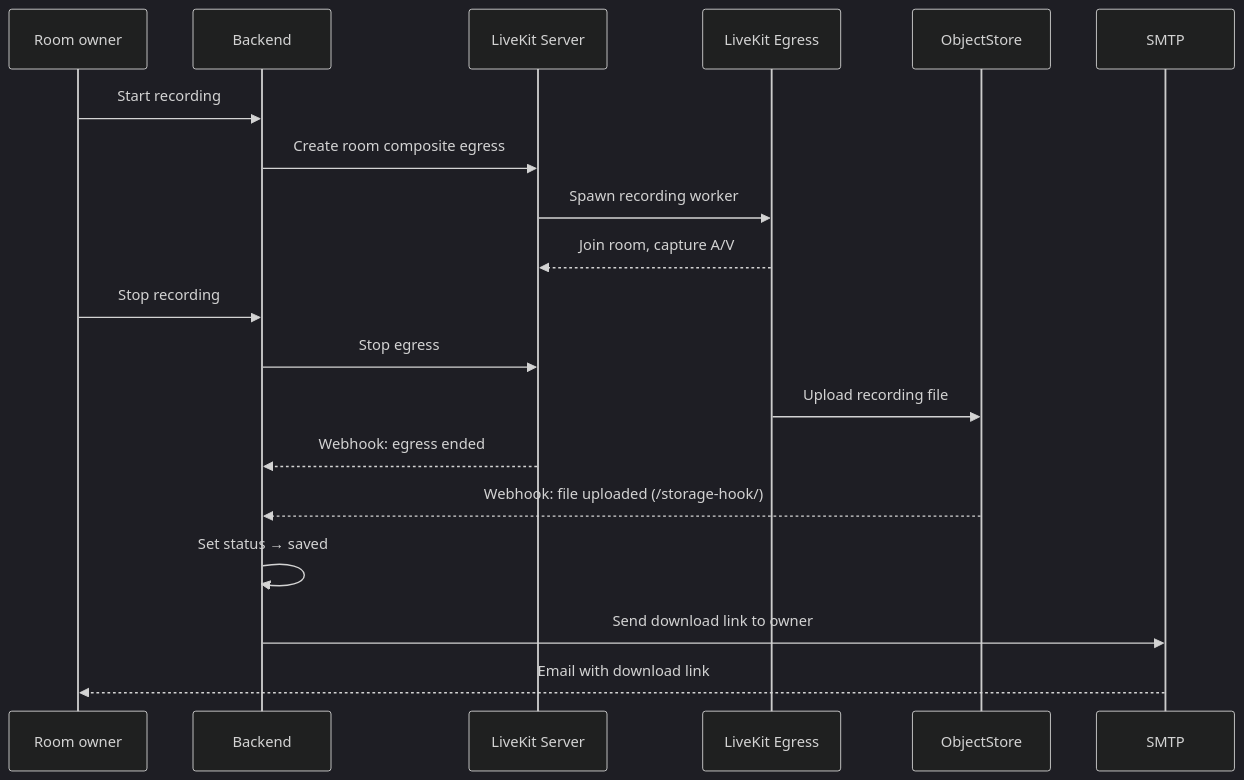
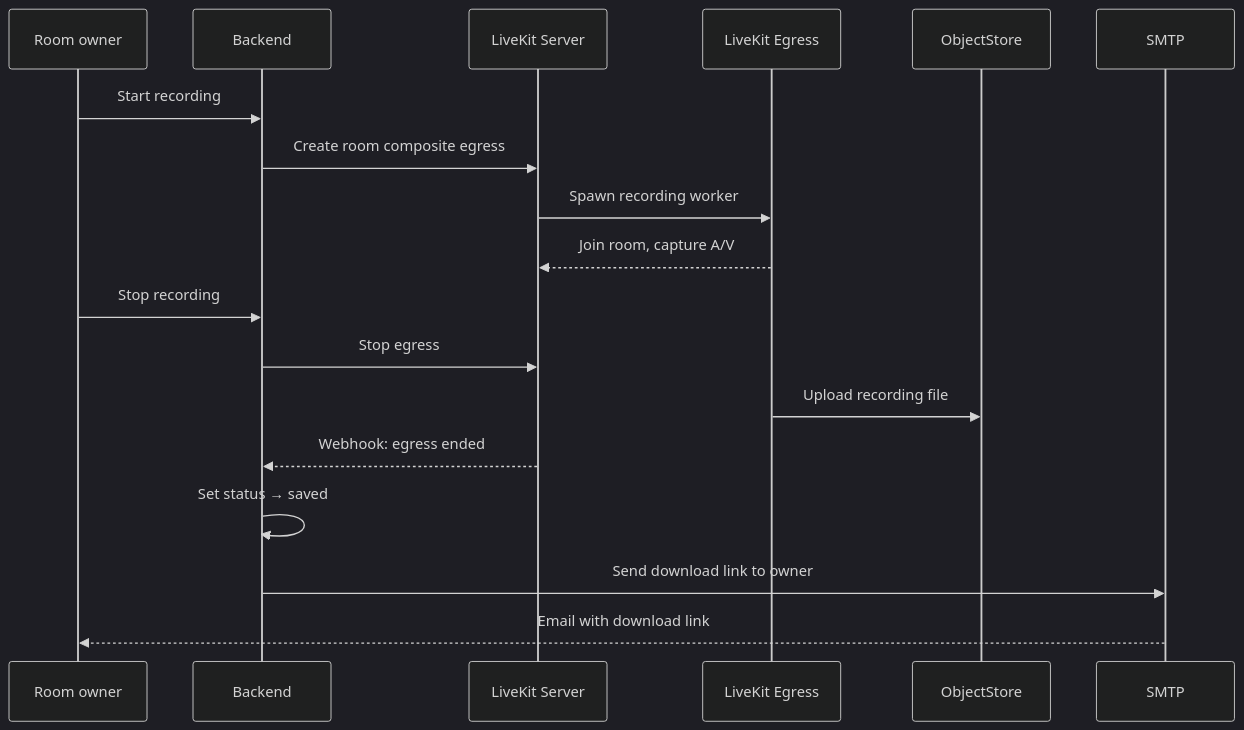
One commit to suitenumerique/meet changed the third of 3 diagrams in docs/overview/architecture.md. Above: the diagram before and after it, drawn with Mermaid (dark theme). The commit also changed other lines of this file and 10 other files, not shown here.

Commit message:
📝(doc) fix documentation for recording with new flow

````diff
--- a/docs/overview/architecture.md
+++ b/docs/overview/architecture.md
@@ -144,22 +143,21 @@
 ```mermaid
 sequenceDiagram
     participant U as Room owner
     participant BE as Backend
     participant LK as LiveKit Server
     participant EG as LiveKit Egress
     participant S3 as ObjectStore
     participant Mail as SMTP
 
     U->>BE: Start recording
     BE->>LK: Create room composite egress
     LK->>EG: Spawn recording worker
     EG-->>LK: Join room, capture A/V
     U->>BE: Stop recording
     BE->>LK: Stop egress
     EG->>S3: Upload recording file
     LK-->>BE: Webhook: egress ended
-    S3-->>BE: Webhook: file uploaded (/storage-hook/)
     BE->>BE: Set status → saved
     BE->>Mail: Send download link to owner
     Mail-->>U: Email with download link
 ```
````
